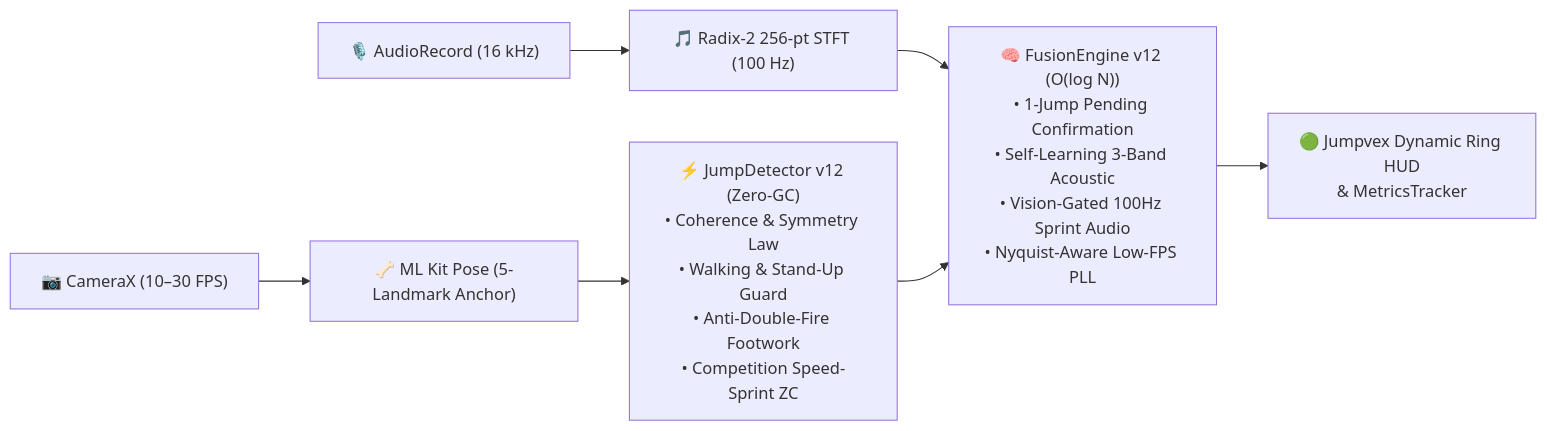
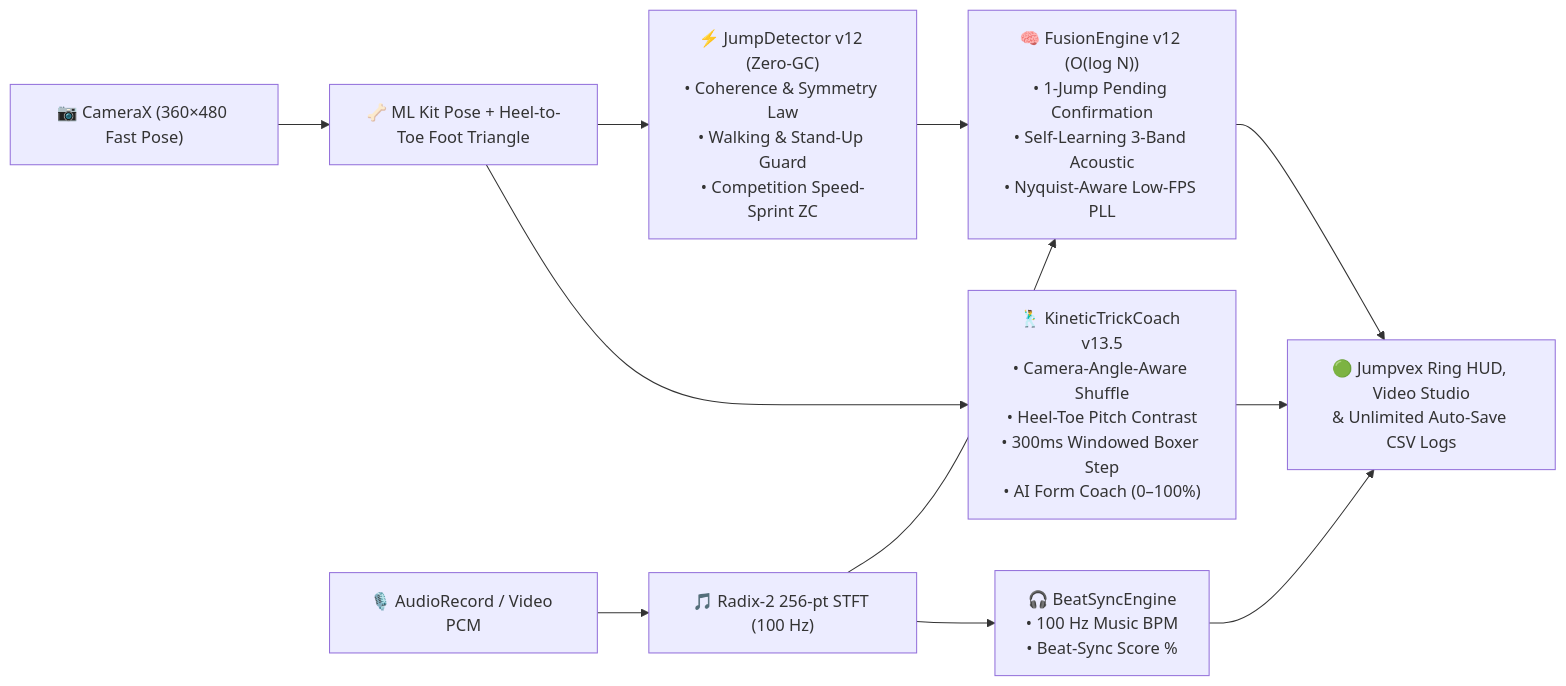
Before and after one commit to iganramdani/Jumpix: the diagram in README.md, drawn with Mermaid. The commit also changed other lines of this file and 3 other files, not shown here.

````diff
--- a/README.md
+++ b/README.md
@@ -87,9 +92,13 @@
 ```mermaid
 flowchart LR
-    CAM["📷 CameraX (10–30 FPS)"] --> ML["🦴 ML Kit Pose (5-Landmark Anchor)"]
-    MIC["🎙️ AudioRecord (16 kHz)"] --> STFT["🎵 Radix-2 256-pt STFT (100 Hz)"]
-    ML --> JD["⚡ JumpDetector v12 (Zero-GC)\n• Coherence & Symmetry Law\n• Walking & Stand-Up Guard\n• Anti-Double-Fire Footwork\n• Competition Speed-Sprint ZC"]
-    STFT --> FE["🧠 FusionEngine v12 (O(log N))\n• 1-Jump Pending Confirmation\n• Self-Learning 3-Band Acoustic\n• Vision-Gated 100Hz Sprint Audio\n• Nyquist-Aware Low-FPS PLL"]
+    CAM["📷 CameraX (360×480 Fast Pose)"] --> ML["🦴 ML Kit Pose + Heel-to-Toe Foot Triangle"]
+    MIC["🎙️ AudioRecord / Video PCM"] --> STFT["🎵 Radix-2 256-pt STFT (100 Hz)"]
+    ML --> JD["⚡ JumpDetector v12 (Zero-GC)\n• Coherence & Symmetry Law\n• Walking & Stand-Up Guard\n• Competition Speed-Sprint ZC"]
+    STFT --> FE["🧠 FusionEngine v12 (O(log N))\n• 1-Jump Pending Confirmation\n• Self-Learning 3-Band Acoustic\n• Nyquist-Aware Low-FPS PLL"]
     JD --> FE
-    FE --> UI["🟢 Jumpvex Dynamic Ring HUD\n& MetricsTracker"]
+    ML --> KT["🕺 KineticTrickCoach v13.5\n• Camera-Angle-Aware Shuffle\n• Heel-Toe Pitch Contrast\n• 300ms Windowed Boxer Step\n• AI Form Coach (0–100%)"]
+    STFT --> BS["🎧 BeatSyncEngine\n• 100 Hz Music BPM\n• Beat-Sync Score %"]
+    FE --> UI["🟢 Jumpvex Ring HUD, Video Studio\n& Unlimited Auto-Save CSV Logs"]
+    KT --> UI
+    BS --> UI
 ```
````
